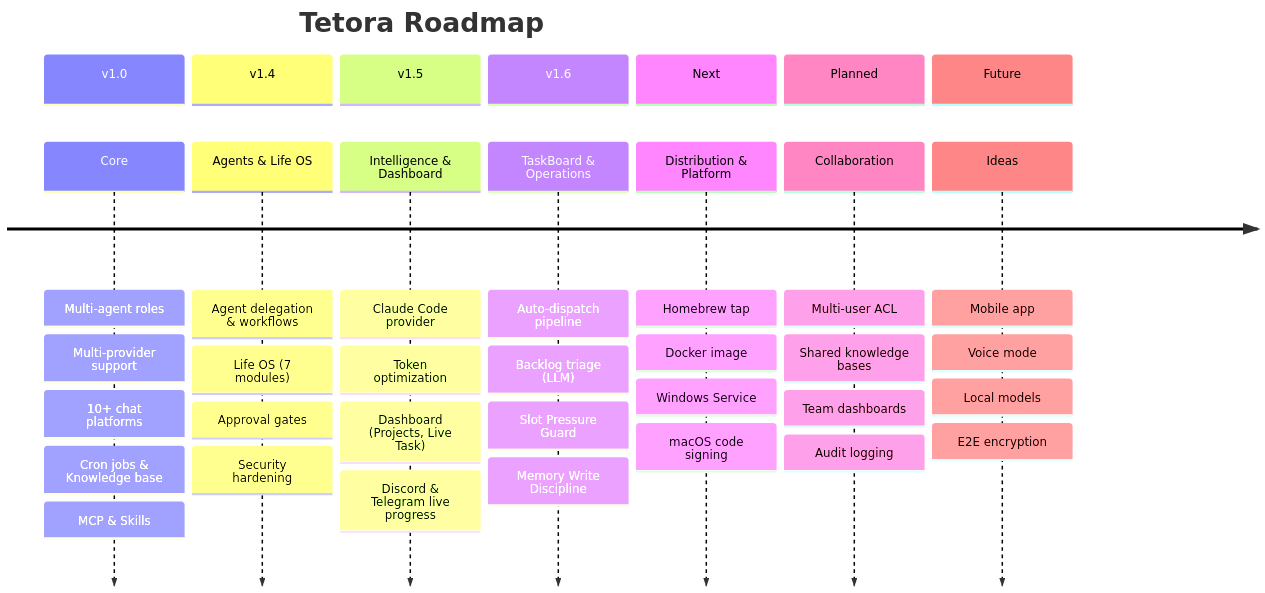
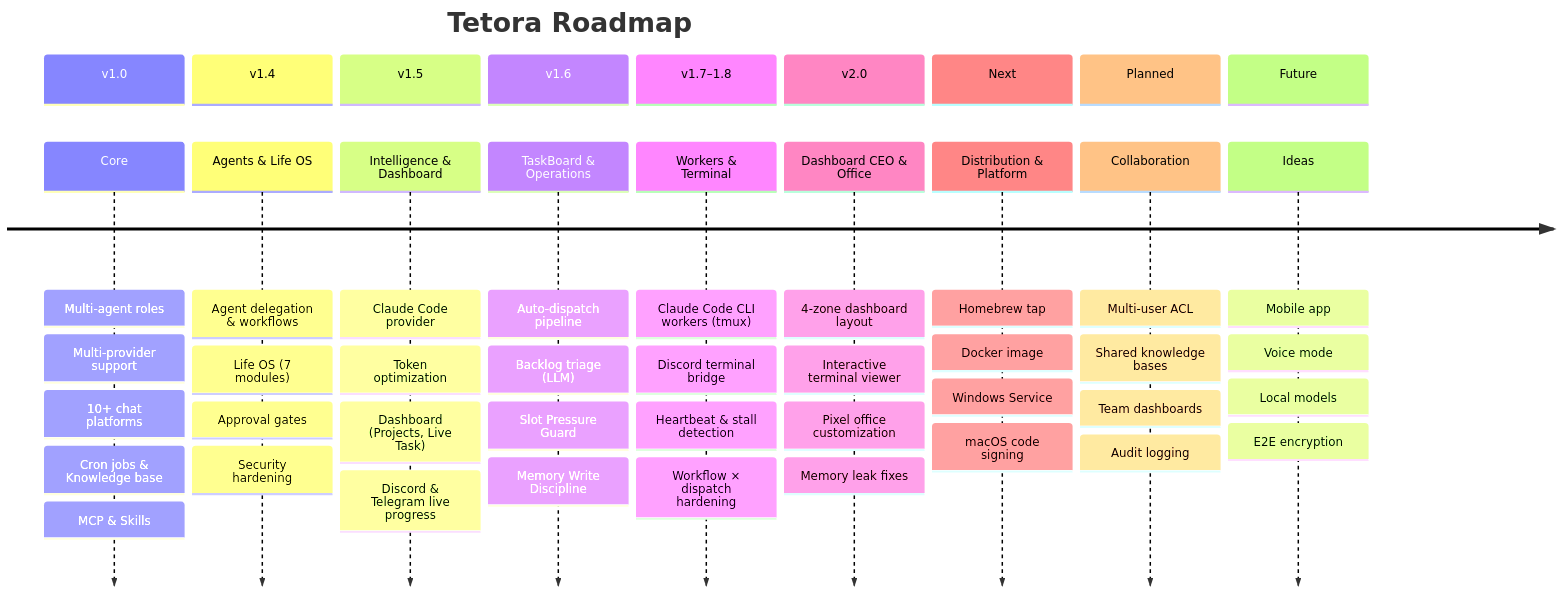
The diagram in ROADMAP.md (TakumaLee/Tetora), drawn with Mermaid before and after one commit. The commit also changed other lines of this file and 6 other files, not shown here.

First line of the commit message:
v2.0.0: Dashboard CEO command center + CLI workers + docs

````diff
--- a/ROADMAP.md
+++ b/ROADMAP.md
@@ -5,47 +5,59 @@
 ```mermaid
 timeline
     title Tetora Roadmap
     section v1.0
         Core
             : Multi-agent roles
             : Multi-provider support
             : 10+ chat platforms
             : Cron jobs & Knowledge base
             : MCP & Skills
     section v1.4
         Agents & Life OS
             : Agent delegation & workflows
             : Life OS (7 modules)
             : Approval gates
             : Security hardening
     section v1.5
         Intelligence & Dashboard
             : Claude Code provider
             : Token optimization
             : Dashboard (Projects, Live Task)
             : Discord & Telegram live progress
     section v1.6
         TaskBoard & Operations
             : Auto-dispatch pipeline
             : Backlog triage (LLM)
             : Slot Pressure Guard
             : Memory Write Discipline
+    section v1.7–1.8
+        Workers & Terminal
+            : Claude Code CLI workers (tmux)
+            : Discord terminal bridge
+            : Heartbeat & stall detection
+            : Workflow × dispatch hardening
+    section v2.0
+        Dashboard CEO & Office
+            : 4-zone dashboard layout
+            : Interactive terminal viewer
+            : Pixel office customization
+            : Memory leak fixes
     section Next
         Distribution & Platform
             : Homebrew tap
             : Docker image
             : Windows Service
             : macOS code signing
     section Planned
         Collaboration
             : Multi-user ACL
             : Shared knowledge bases
             : Team dashboards
             : Audit logging
     section Future
         Ideas
             : Mobile app
             : Voice mode
             : Local models
             : E2E encryption
 ```
````
